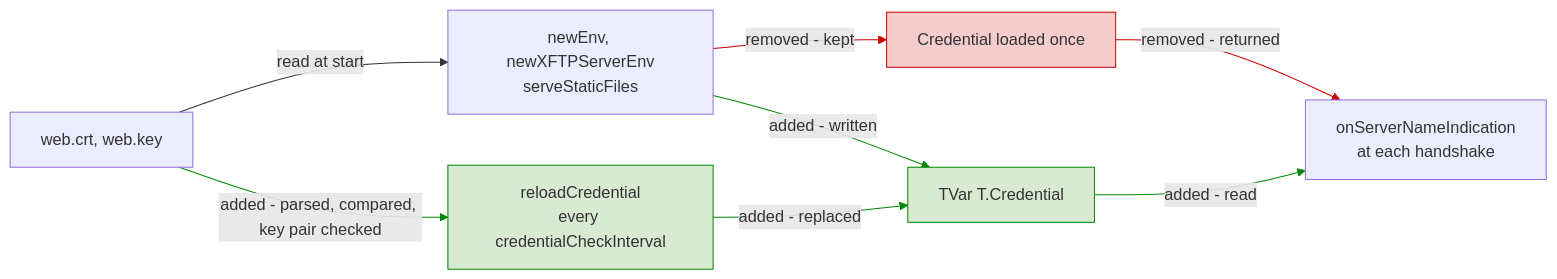
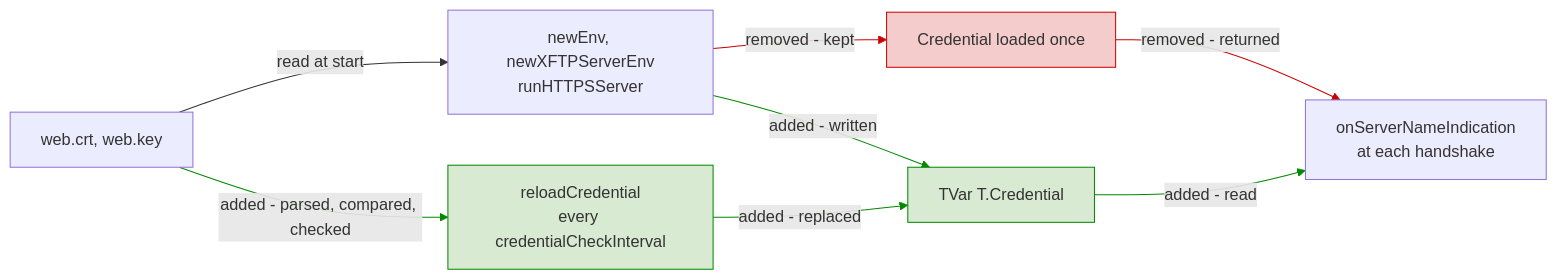
Before and after one commit to simplex-chat/simplexmq: the second of 3 diagrams in plans/2026-11-17-reload-web-certificates.md, drawn with Mermaid. The commit also changed other lines of this file, not shown here.

````diff
--- a/plans/2026-11-17-reload-web-certificates.md
+++ b/plans/2026-11-17-reload-web-certificates.md
@@ -39,22 +89,22 @@
 ```mermaid
 flowchart LR
     F[web.crt, web.key]
-    E[newEnv, newXFTPServerEnv<br>serveStaticFiles]
+    E[newEnv, newXFTPServerEnv<br>runHTTPSServer]
     V[TVar T.Credential]
     R[reloadCredential<br>every credentialCheckInterval]
     H[onServerNameIndication<br>at each handshake]
     C[Credential loaded once]
     F -- "read at start" --> E
     E -- "added - written" --> V
     E -- "removed - kept" --> C
     C -- "removed - returned" --> H
-    F -- "added - parsed, compared, key pair checked" --> R
+    F -- "added - parsed, compared, checked" --> R
     R -- "added - replaced" --> V
     V -- "added - read" --> H
     classDef removed fill:#f4cccc,stroke:#cc0000
     classDef added fill:#d9ead3,stroke:#008800
     class C removed
     class V,R added
     linkStyle 2,3 stroke:#cc0000
     linkStyle 1,4,5,6 stroke:#008800
 ```
````
